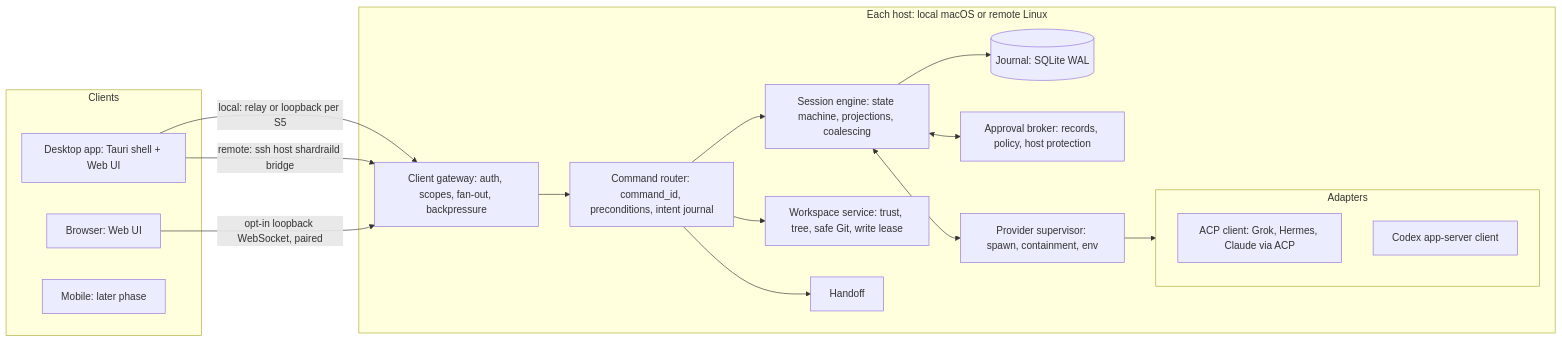
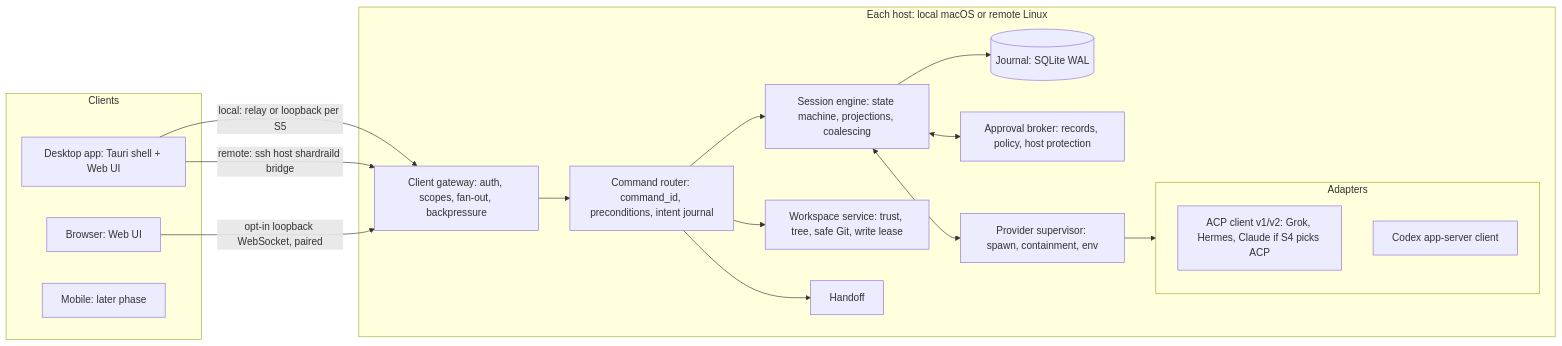
One commit to ForkHorizon/Shardrail changed the diagram in planning/02-architecture.md. Above: the diagram before and after it, drawn with Mermaid. The commit also changed other lines of this file and 19 other files, not shown here.

````diff
--- a/planning/02-architecture.md
+++ b/planning/02-architecture.md
@@ -9,31 +9,31 @@
 ```mermaid
 flowchart LR
   subgraph clients [Clients]
     Desk[Desktop app: Tauri shell + Web UI]
     Brw[Browser: Web UI]
     Mob[Mobile: later phase]
   end
   subgraph host [Each host: local macOS or remote Linux]
     GW[Client gateway: auth, scopes, fan-out, backpressure]
     CMD[Command router: command_id, preconditions, intent journal]
     SES[Session engine: state machine, projections, coalescing]
     JR[(Journal: SQLite WAL)]
     APB[Approval broker: records, policy, host protection]
     SUP[Provider supervisor: spawn, containment, env]
     WS[Workspace service: trust, tree, safe Git, write lease]
     HO[Handoff]
     subgraph adapters [Adapters]
-      ACP[ACP client: Grok, Hermes, Claude via ACP]
+      ACP[ACP client v1/v2: Grok, Hermes, Claude if S4 picks ACP]
       CDX[Codex app-server client]
     end
   end
   Desk -- local: relay or loopback per S5 --> GW
   Desk -- remote: ssh host shardraild bridge --> GW
   Brw -- opt-in loopback WebSocket, paired --> GW
   GW --> CMD --> SES
   SES --> JR
   SES <--> APB
   SES <--> SUP --> adapters
   CMD --> WS
   CMD --> HO
 ```
````
